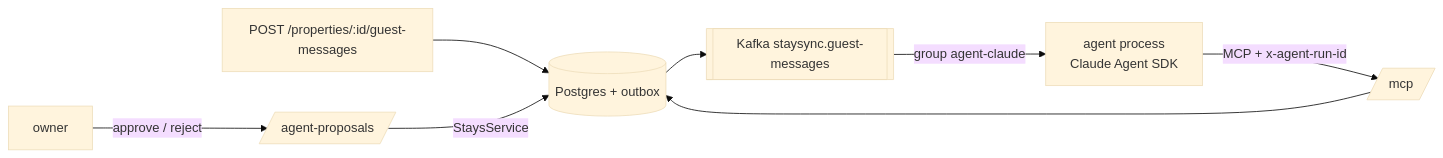
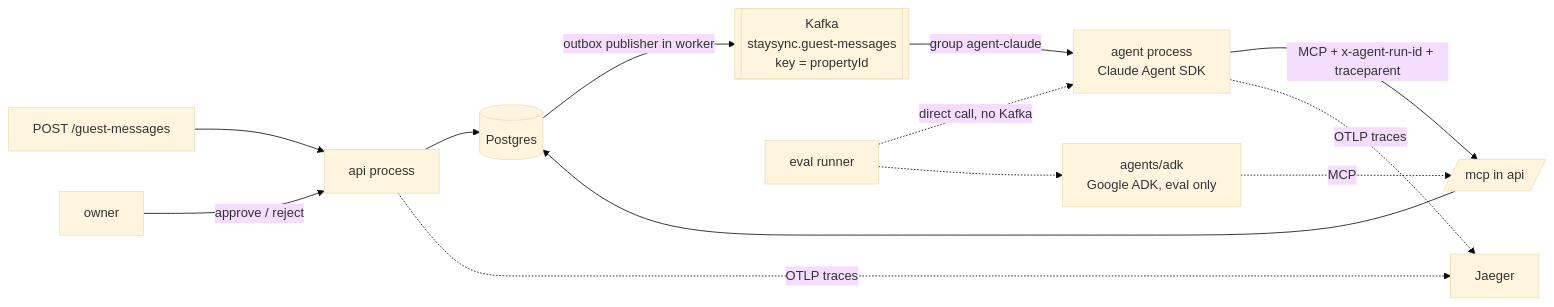
Before and after one commit to MaiSirikulpanDev/StaySync: the second of 2 diagrams in README.md, drawn with Mermaid (base theme). The commit also changed other lines of this file and 3 other files, not shown here.

````diff
--- a/README.md
+++ b/README.md
@@ -119,10 +97,14 @@
 ```mermaid
 flowchart LR
-  G[POST /properties/:id/guest-messages] --> DB[(Postgres + outbox)]
-  DB --> K[[Kafka staysync.guest-messages]]
-  K -->|group agent-claude| A[agent process<br/>Claude Agent SDK]
-  A -->|MCP + x-agent-run-id| M[/mcp/]
-  M --> DB
-  H[owner] -->|approve / reject| P[/agent-proposals/]
-  P -->|StaysService| DB
+  Guest[POST /guest-messages] --> API[api process]
+  API --> PG[(Postgres)]
+  PG -->|outbox publisher in worker| K[[Kafka<br/>staysync.guest-messages<br/>key = propertyId]]
+  K -->|group agent-claude| AG[agent process<br/>Claude Agent SDK]
+  AG -->|MCP + x-agent-run-id + traceparent| MCP[/mcp in api/]
+  MCP --> PG
+  Owner[owner] -->|approve / reject| API
+  Eval[eval runner] -.->|direct call, no Kafka| AG
+  Eval -.-> ADK[agents/adk<br/>Google ADK, eval only]
+  ADK -.->|MCP| MCP
+  AG & API -.->|OTLP traces| J[Jaeger]
 ```
````
